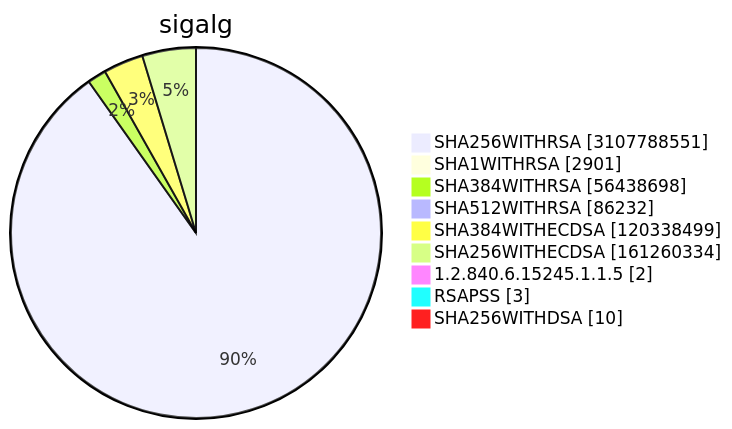
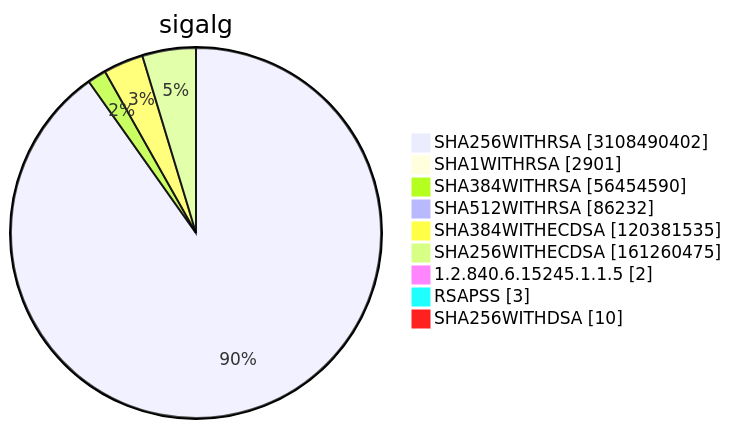
Before and after one commit to christiankrug/ctmonitor_visualization: diagram 15 of 15 in TOTAL/README.md, drawn with Mermaid. The commit also changed other lines of this file, not shown here.

````diff
--- a/TOTAL/README.md
+++ b/TOTAL/README.md
@@ -6212,13 +6212,13 @@
 ```mermaid
 pie showData
 title sigalg
-"SHA256WITHRSA" :3107788551
+"SHA256WITHRSA" :3108490402
 "SHA1WITHRSA" :2901
-"SHA384WITHRSA" :56438698
+"SHA384WITHRSA" :56454590
 "SHA512WITHRSA" :86232
-"SHA384WITHECDSA" :120338499
-"SHA256WITHECDSA" :161260334
+"SHA384WITHECDSA" :120381535
+"SHA256WITHECDSA" :161260475
 "1.2.840.6.15245.1.1.5" :2
 "RSAPSS" :3
 "SHA256WITHDSA" :10
 ```
````
